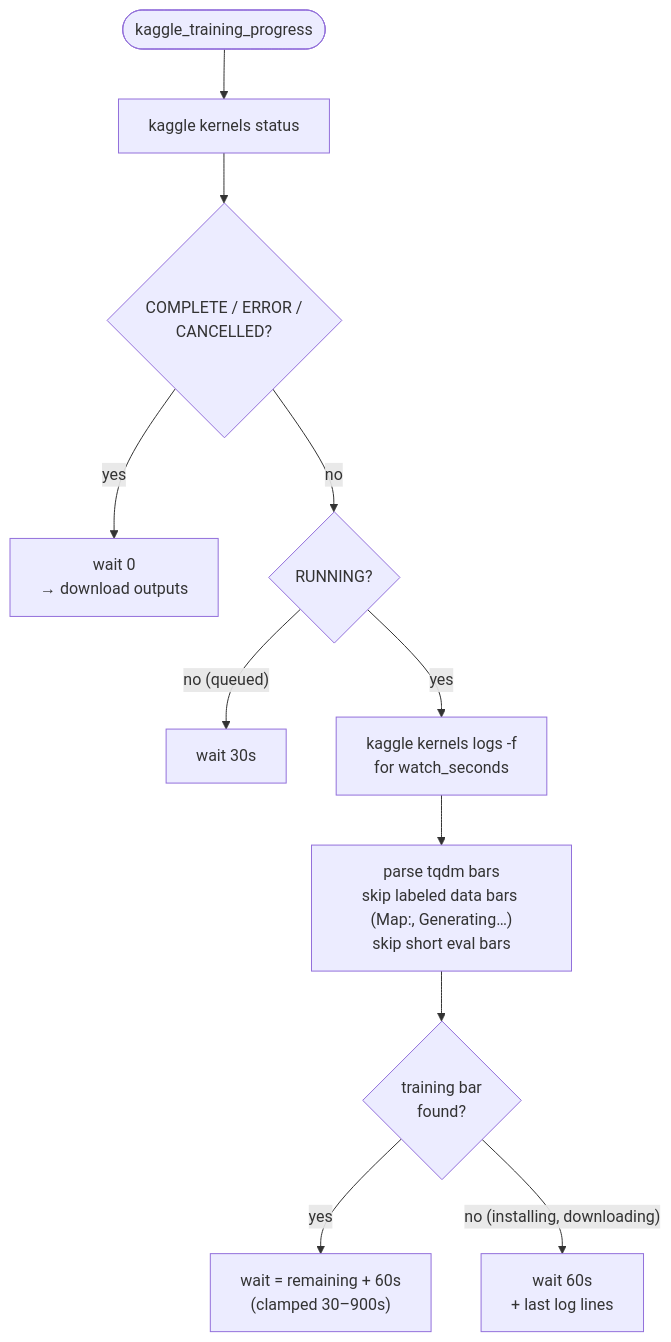
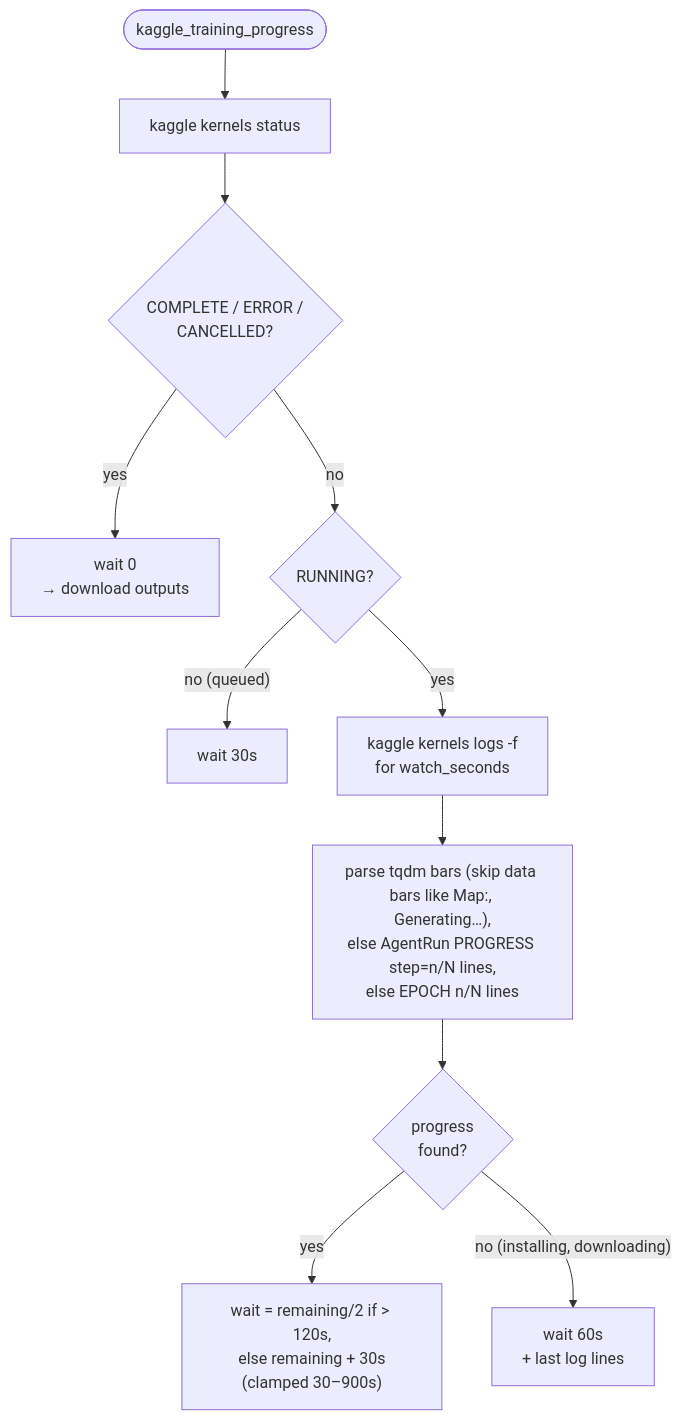
One commit to NBTailee/agent-harness changed the fourth of 8 diagrams in README.md. Above: the diagram before and after it, drawn with Mermaid. The commit also changed other lines of this file and 28 other files, not shown here.

````diff
--- a/README.md
+++ b/README.md
@@ -161,13 +185,13 @@
 ```mermaid
 flowchart TD
     Start([kaggle_training_progress]) --> St["kaggle kernels status"]
     St --> Term{"COMPLETE / ERROR /<br/>CANCELLED?"}
     Term -- yes --> Done["wait 0<br/>→ download outputs"]
     Term -- no --> Run{"RUNNING?"}
     Run -- "no (queued)" --> Q["wait 30s"]
     Run -- yes --> Logs["kaggle kernels logs -f<br/>for watch_seconds"]
-    Logs --> Parse["parse tqdm bars<br/>skip labeled data bars (Map:, Generating…)<br/>skip short eval bars"]
-    Parse --> Bar{"training bar<br/>found?"}
-    Bar -- yes --> Eta["wait = remaining + 60s<br/>(clamped 30–900s)"]
+    Logs --> Parse["parse tqdm bars (skip data bars like Map:, Generating…),<br/>else AgentRun PROGRESS step=n/N lines,<br/>else EPOCH n/N lines"]
+    Parse --> Bar{"progress<br/>found?"}
+    Bar -- yes --> Eta["wait = remaining/2 if > 120s,<br/>else remaining + 30s<br/>(clamped 30–900s)"]
     Bar -- "no (installing, downloading)" --> Sixty["wait 60s<br/>+ last log lines"]
 ```
````
